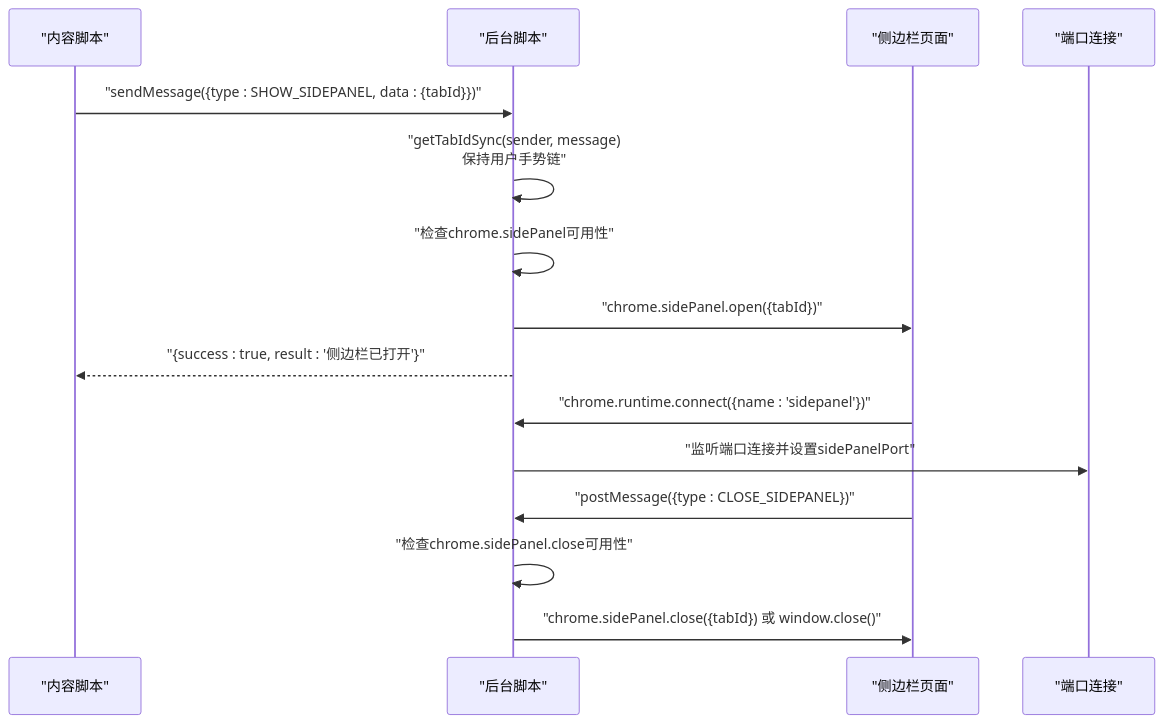
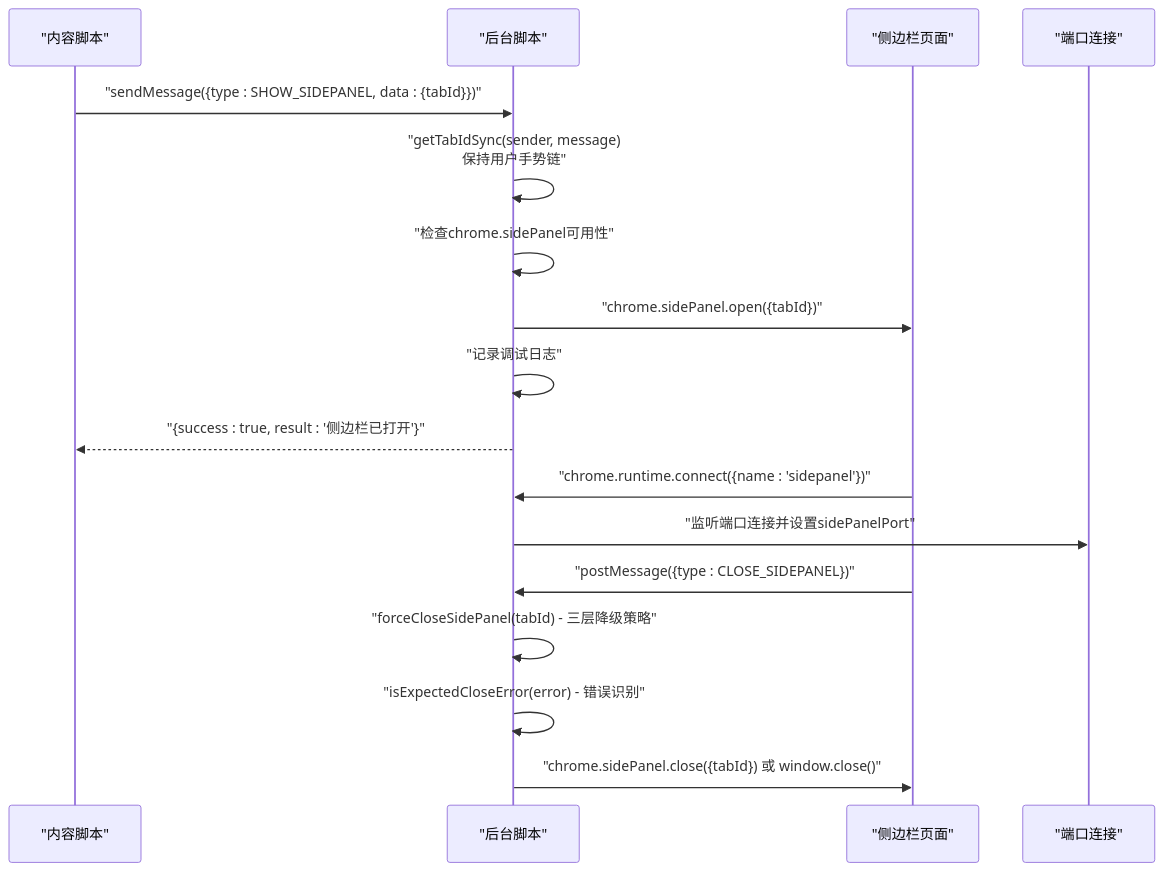
The second of 14 diagrams in .qoder/repowiki/zh/content/扩展入口点/Background Script.md (liaolongdong/account-password-helper), drawn with Mermaid before and after one commit. The commit also changed other lines of this file and 7 other files, not shown here.

````diff
--- a/.qoder/repowiki/zh/content/扩展入口点/Background Script.md
+++ b/.qoder/repowiki/zh/content/扩展入口点/Background Script.md
@@ -133,17 +148,19 @@
 ```mermaid
 sequenceDiagram
 participant CS as "内容脚本"
 participant BG as "后台脚本"
 participant SP as "侧边栏页面"
 participant PORT as "端口连接"
 CS->>BG : "sendMessage({type : SHOW_SIDEPANEL, data : {tabId}})"
 BG->>BG : "getTabIdSync(sender, message)<br/>保持用户手势链"
 BG->>BG : "检查chrome.sidePanel可用性"
 BG->>SP : "chrome.sidePanel.open({tabId})"
+BG->>BG : "记录调试日志"
 BG-->>CS : "{success : true, result : '侧边栏已打开'}"
 SP->>BG : "chrome.runtime.connect({name : 'sidepanel'})"
 BG->>PORT : "监听端口连接并设置sidePanelPort"
 SP->>BG : "postMessage({type : CLOSE_SIDEPANEL})"
-BG->>BG : "检查chrome.sidePanel.close可用性"
+BG->>BG : "forceCloseSidePanel(tabId) - 三层降级策略"
+BG->>BG : "isExpectedCloseError(error) - 错误识别"
 BG->>SP : "chrome.sidePanel.close({tabId}) 或 window.close()"
 ```
````
